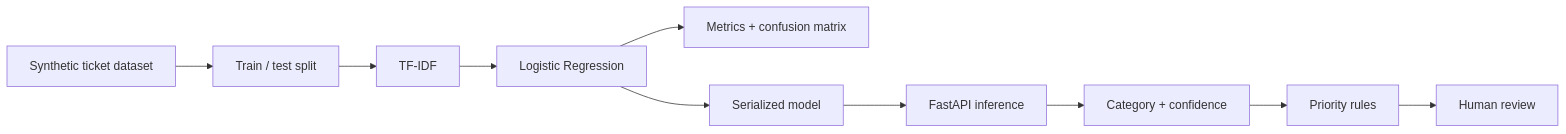
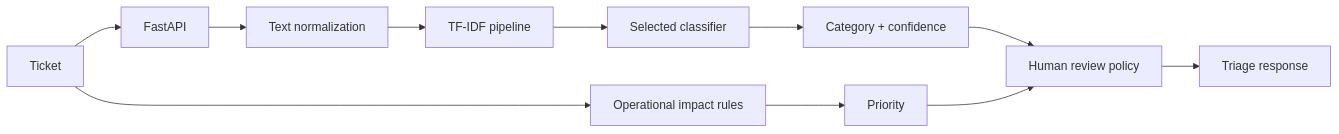
The first of 2 diagrams in docs/ARCHITECTURE.md (Clebin0/ai-helpdesk), drawn with Mermaid before and after one commit. The commit also changed other lines of this file, not shown here.

Commit message:
docs: expand ML and triage architecture

````diff
--- a/docs/ARCHITECTURE.md
+++ b/docs/ARCHITECTURE.md
@@ -3,12 +9,13 @@
 ```mermaid
 flowchart LR
-    A[Synthetic ticket dataset] --> B[Train / test split]
-    B --> C[TF-IDF]
-    C --> D[Logistic Regression]
-    D --> E[Metrics + confusion matrix]
-    D --> F[Serialized model]
-    F --> G[FastAPI inference]
-    G --> H[Category + confidence]
-    H --> I[Priority rules]
-    I --> J[Human review]
+    A[Ticket] --> B[FastAPI]
+    B --> C[Text normalization]
+    C --> D[TF-IDF pipeline]
+    D --> E[Selected classifier]
+    E --> F[Category + confidence]
+    A --> G[Operational impact rules]
+    G --> H[Priority]
+    F --> I[Human review policy]
+    H --> I
+    I --> J[Triage response]
 ```
````
